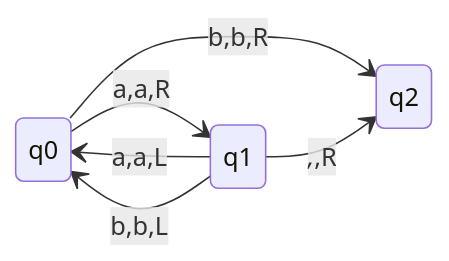
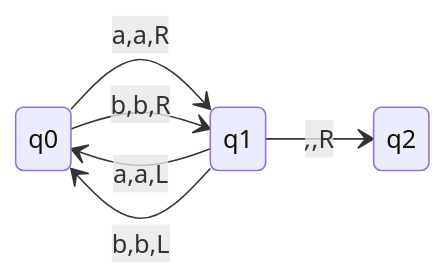
One commit to malaviya-parth/TOC changed diagram 11 of 12 in 03_Turing Machine/01_Construction/1.md. Above: the diagram before and after it, drawn with Mermaid. The commit also changed other lines of this file and 13 other files, not shown here.

````diff
--- a/03_Turing Machine/01_Construction/1.md
+++ b/03_Turing Machine/01_Construction/1.md
@@ -126,9 +126,9 @@
 ```mermaid
 stateDiagram-v2
     direction LR
     q0 --> q1:a,a,R
-    q0 --> q2:b,b,R
+    q0 --> q1:b,b,R
     q1 --> q0:a,a,L
     q1 --> q0:b,b,L
     q1 --> q2:_,_,R
 ```
````
